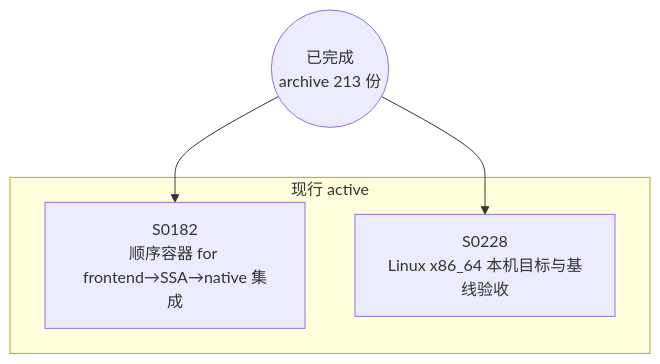
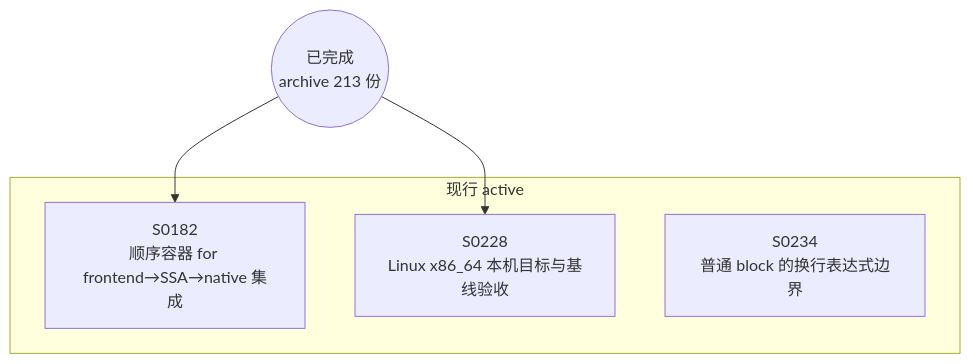
The diagram in docs/specs/dependency-graph.md (Halckon/Koven), drawn with Mermaid before and after one commit. The commit also changed other lines of this file and 17 other files, not shown here.

````diff
--- a/docs/specs/dependency-graph.md
+++ b/docs/specs/dependency-graph.md
@@ -9,10 +9,11 @@
 ```mermaid
 flowchart TD
 ARCH(("已完成<br/>archive 213 份"))
 subgraph Gactive["现行 active"]
   S0182["S0182<br/>顺序容器 for frontend→SSA→native 集成"]
   S0228["S0228<br/>Linux x86_64 本机目标与基线验收"]
+  S0234["S0234<br/>普通 block 的换行表达式边界"]
 end
 ARCH --> S0182
 ARCH --> S0228
 ```
````
